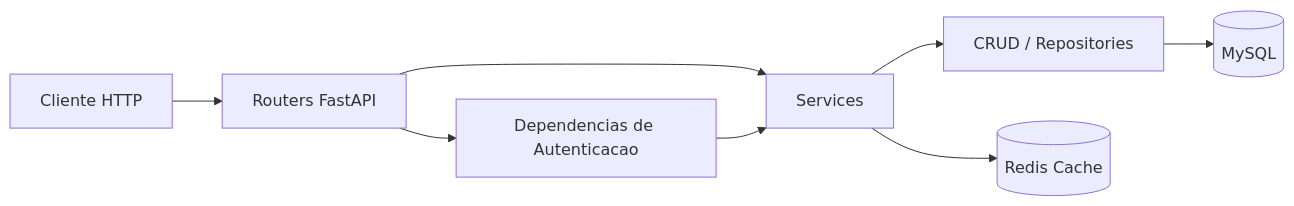
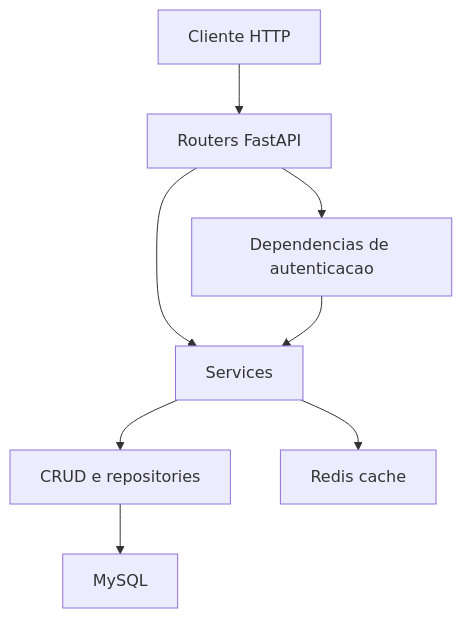
One commit to MatheusEbert010/telecom_api changed the diagram in README.md. Above: the diagram before and after it, drawn with Mermaid. The commit also changed other lines of this file, not shown here.

````diff
--- a/README.md
+++ b/README.md
@@ -105,10 +107,10 @@
 ```mermaid
-flowchart LR
-    A[Cliente HTTP] --> B[Routers FastAPI]
-    B --> C[Services]
-    C --> D[CRUD / Repositories]
-    D --> E[(MySQL)]
-    C --> F[(Redis Cache)]
-    B --> G[Dependencias de Autenticacao]
-    G --> C
+flowchart TD
+    cliente["Cliente HTTP"] --> rotas["Routers FastAPI"]
+    rotas --> auth["Dependencias de autenticacao"]
+    rotas --> servicos["Services"]
+    auth --> servicos
+    servicos --> repositorios["CRUD e repositories"]
+    repositorios --> mysql["MySQL"]
+    servicos --> redis["Redis cache"]
 ```
````
